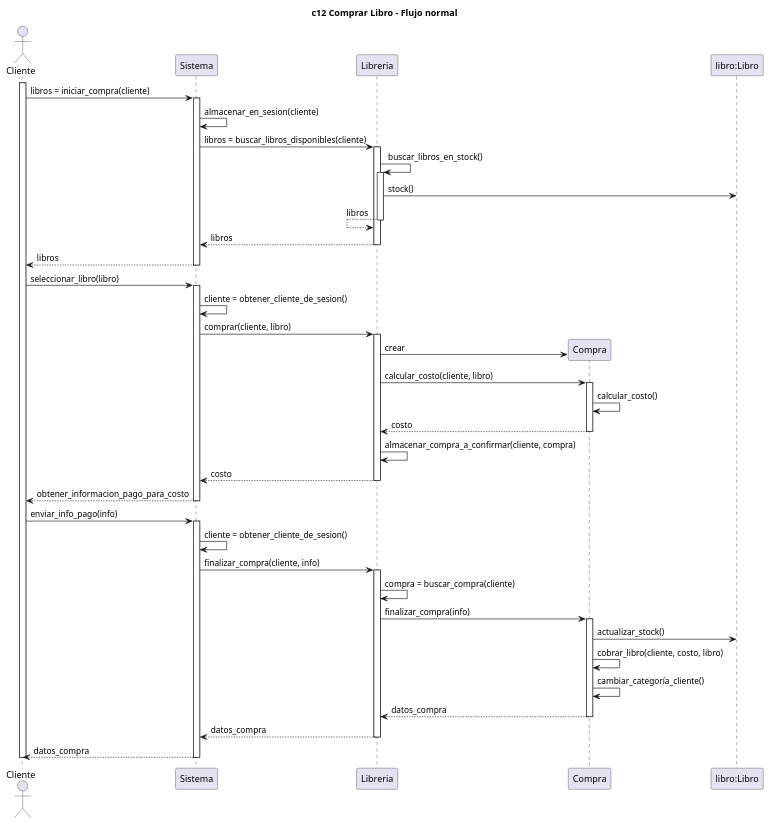
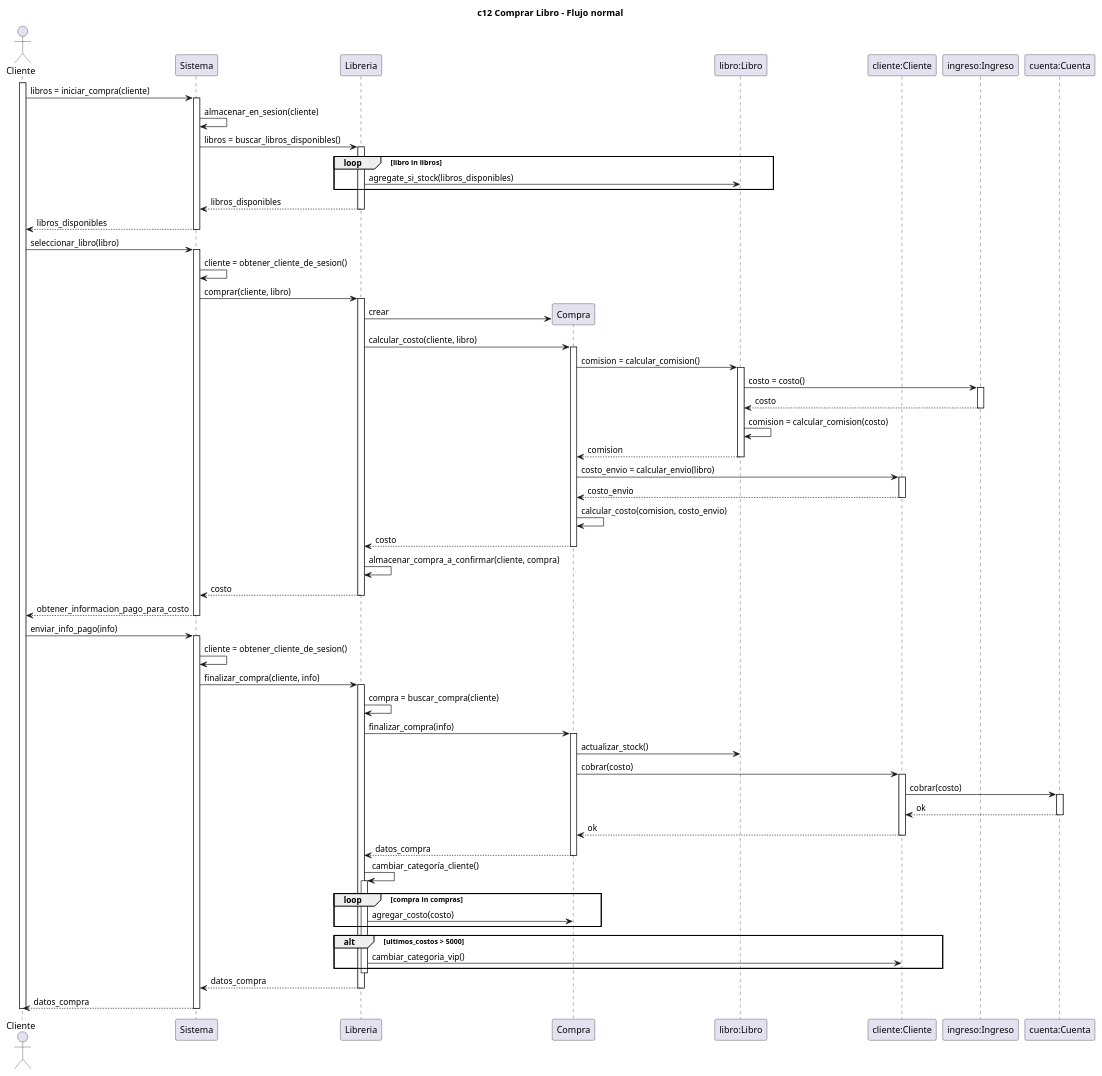
One commit to pablodanielrey/dsbm changed the diagram in tp/secuencia/compra/secuencia.plantuml. Above: the diagram before and after it, drawn with PlantUML. The commit also changed 1 other file, not shown here.

Commit message:
agrego lo ultimo del diagrama de secuencia. me parece que esta mas o menos ok

```diff
--- a/tp/secuencia/compra/secuencia.plantuml
+++ b/tp/secuencia/compra/secuencia.plantuml
@@ -2,65 +2,94 @@
 @startuml c12 Comprar Libro - Flujo normal
 
 title c12 Comprar Libro - Flujo normal
 
 actor Cliente as c
 participant Sistema as s
 participant Libreria as l
 participant Compra as compra
 participant "libro:Libro" as libro
+participant "cliente:Cliente" as cliente
+participant "ingreso:Ingreso" as ingreso
+participant "cuenta:Cuenta" as cuenta
 
 activate c
 c -> s : libros = iniciar_compra(cliente)
 activate s
     s -> s : almacenar_en_sesion(cliente)
-    s -> l : libros = buscar_libros_disponibles(cliente)
+    s -> l : libros = buscar_libros_disponibles()
     activate l
-        l -> l : buscar_libros_en_stock()
-        activate l
-            l -> libro : stock()
-            l <-- l : libros
-        deactivate l
-        return libros
+        loop libro in libros
+            l -> libro : agregate_si_stock(libros_disponibles)
+        end
+        return libros_disponibles
     deactivate l
-    c <-- s : libros
+    c <-- s : libros_disponibles
 deactivate s
 
 c -> s : seleccionar_libro(libro)
 activate s
     s -> s : cliente = obtener_cliente_de_sesion()
     s -> l : comprar(cliente, libro)
     activate l 
         l -> compra ** : crear
         l -> compra : calcular_costo(cliente, libro)
         activate compra
-            compra -> compra : calcular_costo()
+            'el costo depende del tipo de libro y del tipo de cliente
+            compra -> libro : comision = calcular_comision()
+            activate libro
+                libro -> ingreso : costo = costo()
+                activate ingreso
+                    libro <-- ingreso : costo
+                deactivate ingreso
+                libro -> libro : comision = calcular_comision(costo)
+                compra <-- libro : comision
+            deactivate libro
+            compra -> cliente : costo_envio = calcular_envio(libro)
+            activate cliente
+                compra <-- cliente : costo_envio
+            deactivate cliente
+            compra -> compra : calcular_costo(comision, costo_envio)
             l <-- compra : costo
         deactivate compra
         l -> l : almacenar_compra_a_confirmar(cliente, compra)
         s <-- l : costo
     deactivate l
     return obtener_informacion_pago_para_costo
 deactivate s
 
 c -> s : enviar_info_pago(info)
 activate s
     s -> s : cliente = obtener_cliente_de_sesion()
     s -> l : finalizar_compra(cliente, info)
     activate l
         l -> l : compra = buscar_compra(cliente)
         l -> compra : finalizar_compra(info)
         activate compra
             compra -> libro : actualizar_stock()
-            compra -> compra : cobrar_libro(cliente, costo, libro)
-            compra -> compra : cambiar_categoría_cliente()
-
+            compra -> cliente : cobrar(costo)
+            activate cliente
+                cliente -> cuenta : cobrar(costo)
+                activate cuenta
+                    cliente <-- cuenta: ok
+                deactivate cuenta
+                compra <-- cliente : ok
+            deactivate cliente
             l <-- compra : datos_compra
         deactivate compra
+        l -> l : cambiar_categoría_cliente()
+        activate l
+            loop compra in compras
+                l -> compra : agregar_costo(costo)
+            end
+            alt ultimos_costos > 5000
+                l -> cliente : cambiar_categoria_vip() 
+            end
+        deactivate l
         s <-- l : datos_compra
     deactivate l
     c <-- s : datos_compra
 deactivate s
 
 deactivate c
 
 @enduml
```
